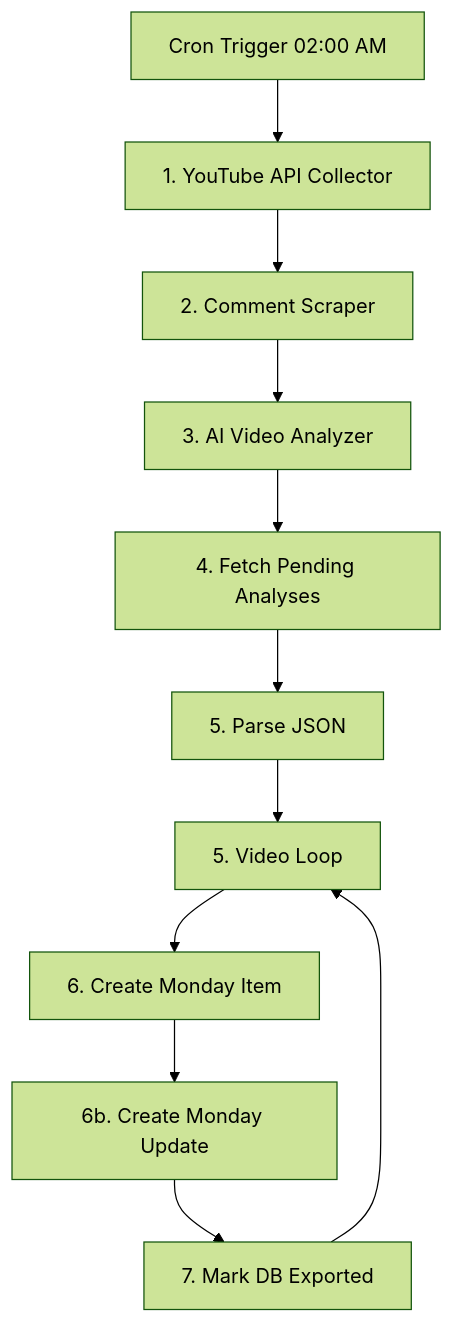
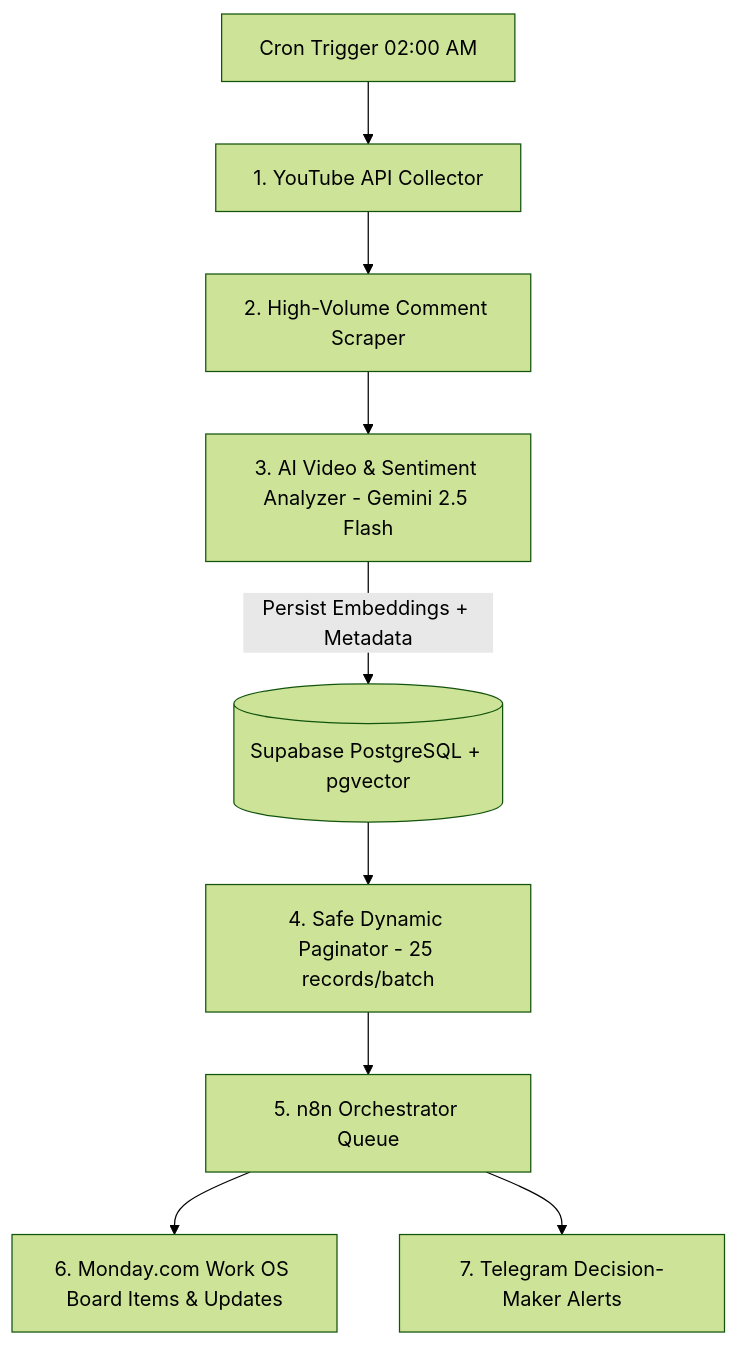
One commit to jraphaelcunha/trend-intelligence-engine changed the diagram in README.md. Above: the diagram before and after it, drawn with Mermaid (forest theme). The commit also changed other lines of this file and 29 other files, not shown here.

Commit message:
feat(architecture): implement pydantic v2 contracts, pytest suite, and isolate ops scripts

````diff
--- a/README.md
+++ b/README.md
@@ -16,13 +22,11 @@
 ```mermaid
-graph TD
+flowchart TD
     A[Cron Trigger 02:00 AM] --> B[1. YouTube API Collector]
-    B --> C[2. Comment Scraper]
-    C --> D[3. AI Video Analyzer]
-    D --> E[4. Fetch Pending Analyses]
-    E --> F[5. Parse JSON]
-    F --> G[5. Video Loop]
-    G --> H[6. Create Monday Item]
-    H --> I[6b. Create Monday Update]
-    I --> J[7. Mark DB Exported]
-    J --> G
+    B --> C[2. High-Volume Comment Scraper]
+    C --> D[3. AI Video & Sentiment Analyzer - Gemini 2.5 Flash]
+    D -->|Persist Embeddings + Metadata| E[(Supabase PostgreSQL + pgvector)]
+    E --> F[4. Safe Dynamic Paginator - 25 records/batch]
+    F --> G[5. n8n Orchestrator Queue]
+    G --> H[6. Monday.com Work OS Board Items & Updates]
+    G --> I[7. Telegram Decision-Maker Alerts]
 ```
````
